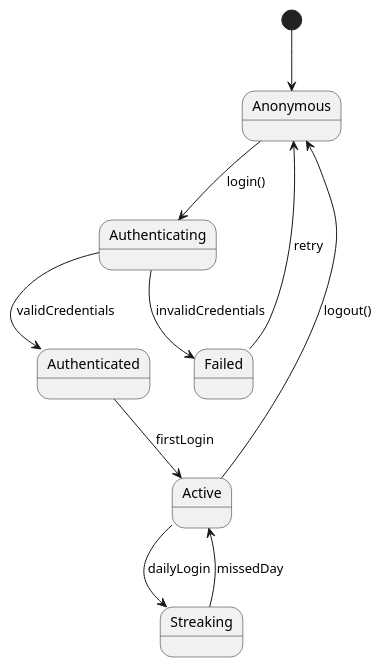
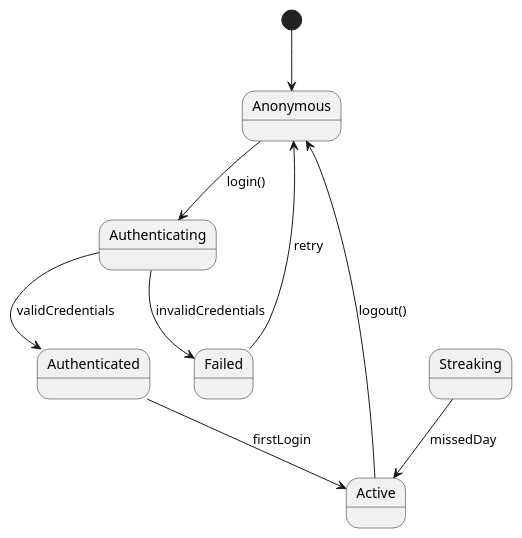
One commit to Saukys/se-24-psi2 changed the diagram in docs/State/user-state.puml. Above: the diagram before and after it, drawn with PlantUML. The commit also changed 1 other file, not shown here.

```diff
--- a/docs/State/user-state.puml
+++ b/docs/State/user-state.puml
@@ -1,44 +1,43 @@
 @startuml
 ' =============================================
 ' User Authentication State Diagram
 ' =============================================
 ' This diagram illustrates the possible states of user authentication
 ' and the transitions between them.
 '
 ' States:
 ' - Anonymous: Unauthenticated user
 ' - Authenticating: Login attempt in progress
 ' - Authenticated: Successfully logged in
 ' - Active: Regular user activity
 ' - Streaking: User on a login streak
 ' - Failed: Authentication attempt failed
 '
 ' Transitions:
 ' - login(): Initiates authentication
 ' - validCredentials: Successful login
 ' - invalidCredentials: Failed login
 ' - retry: Returns to anonymous state
 ' - firstLogin: Initial user activation
 ' - dailyLogin: Maintains login streak
 ' - missedDay: Breaks login streak
 ' - logout(): Ends user session
 '
 ' Key Features:
 ' - Login attempt handling
 ' - Streak system
 ' - Session management
 ' - Error recovery
 ' =============================================
 
 [*] --> Anonymous
 
 Anonymous --> Authenticating : login()
 Authenticating --> Authenticated : validCredentials
 Authenticating --> Failed : invalidCredentials
 Failed --> Anonymous : retry
 Authenticated --> Active : firstLogin
-Active --> Streaking : dailyLogin
 Streaking --> Active : missedDay
 Active --> Anonymous : logout()
 
 @enduml
```
